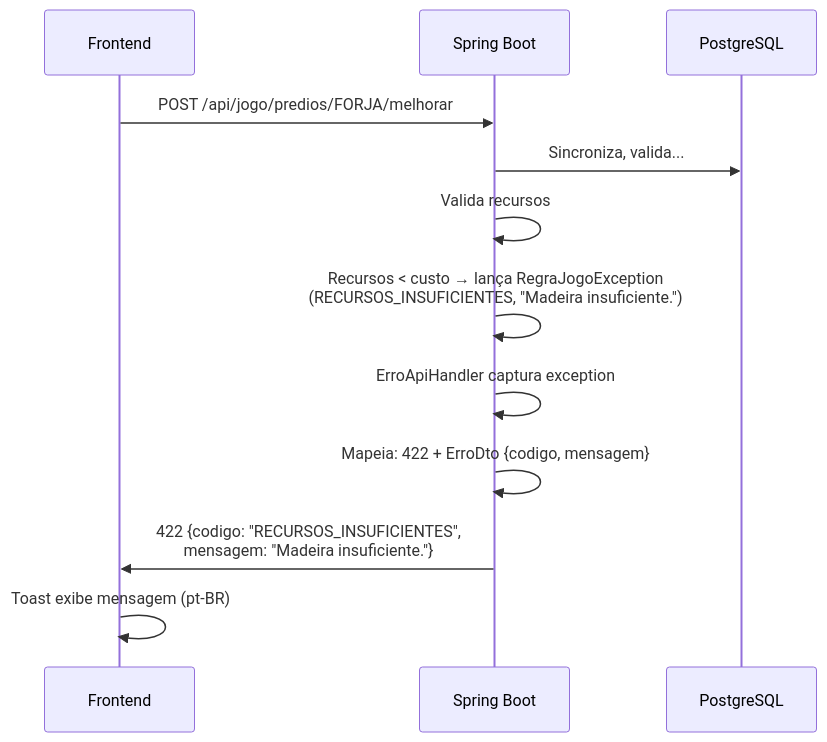
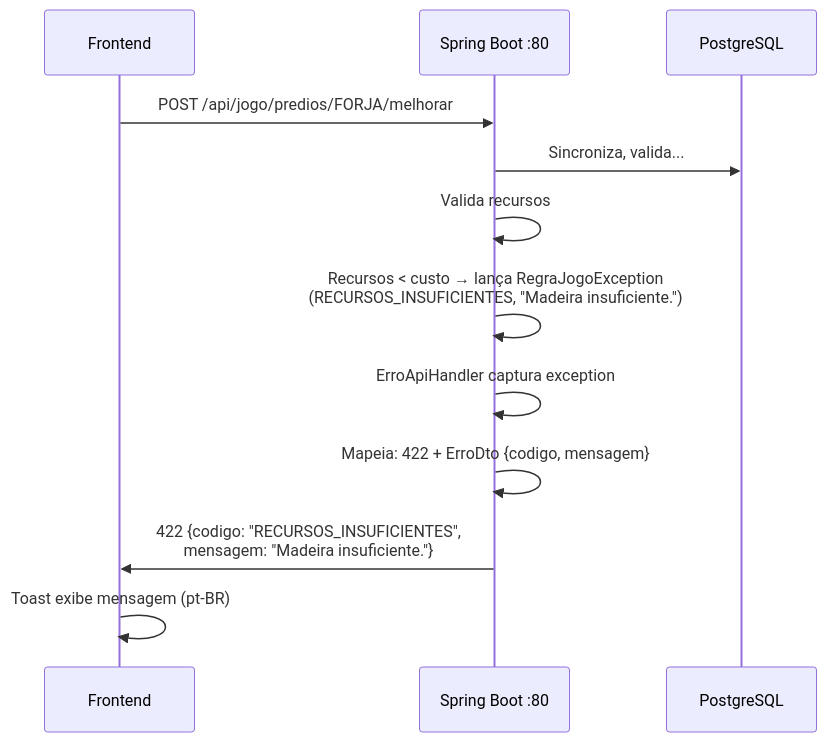
One commit to adielsantosaraujo/login_base changed the eighth of 8 diagrams in docs/04-arquitetura.md. Above: the diagram before and after it, drawn with Mermaid. The commit also changed other lines of this file and 25 other files, not shown here.

````diff
--- a/docs/04-arquitetura.md
+++ b/docs/04-arquitetura.md
@@ -505,18 +505,18 @@
 ```mermaid
 sequenceDiagram
     participant UI as Frontend
-    participant App as Spring Boot
+    participant App as Spring Boot :80
     participant DB as PostgreSQL
     
     UI->>App: POST /api/jogo/predios/FORJA/melhorar
     
     App->>DB: Sincroniza, valida...
     App->>App: Valida recursos
     App->>App: Recursos < custo → lança RegraJogoException<br/>(RECURSOS_INSUFICIENTES, "Madeira insuficiente.")
     
     App->>App: ErroApiHandler captura exception
     App->>App: Mapeia: 422 + ErroDto {codigo, mensagem}
     App->>UI: 422 {codigo: "RECURSOS_INSUFICIENTES",<br/>mensagem: "Madeira insuficiente."}
     
     UI->>UI: Toast exibe mensagem (pt-BR)
 ```
````
